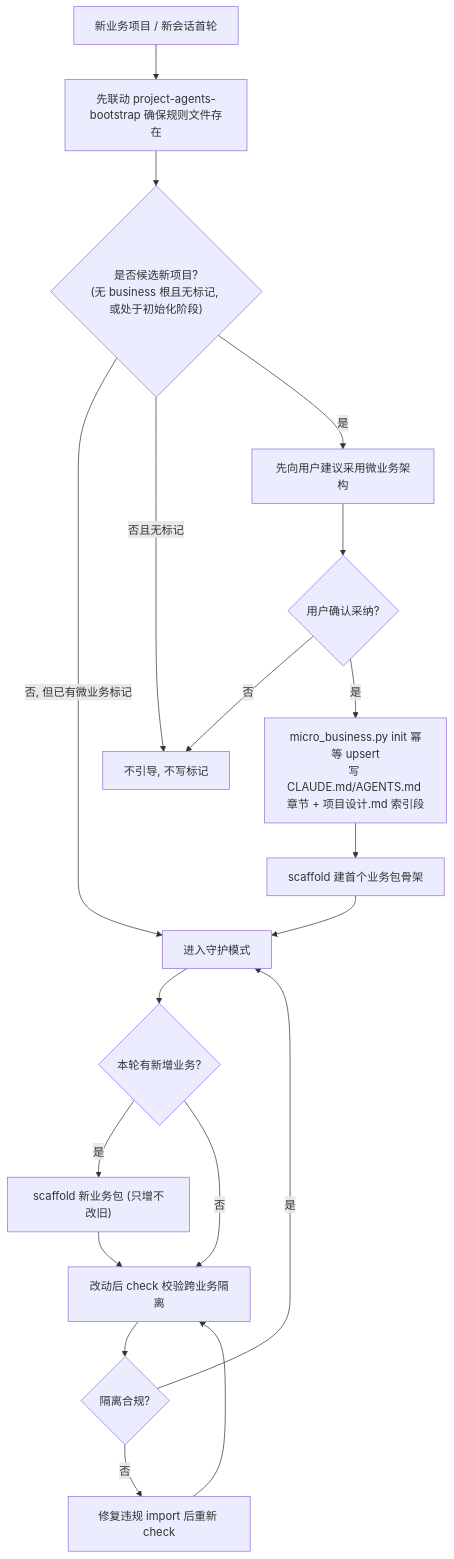
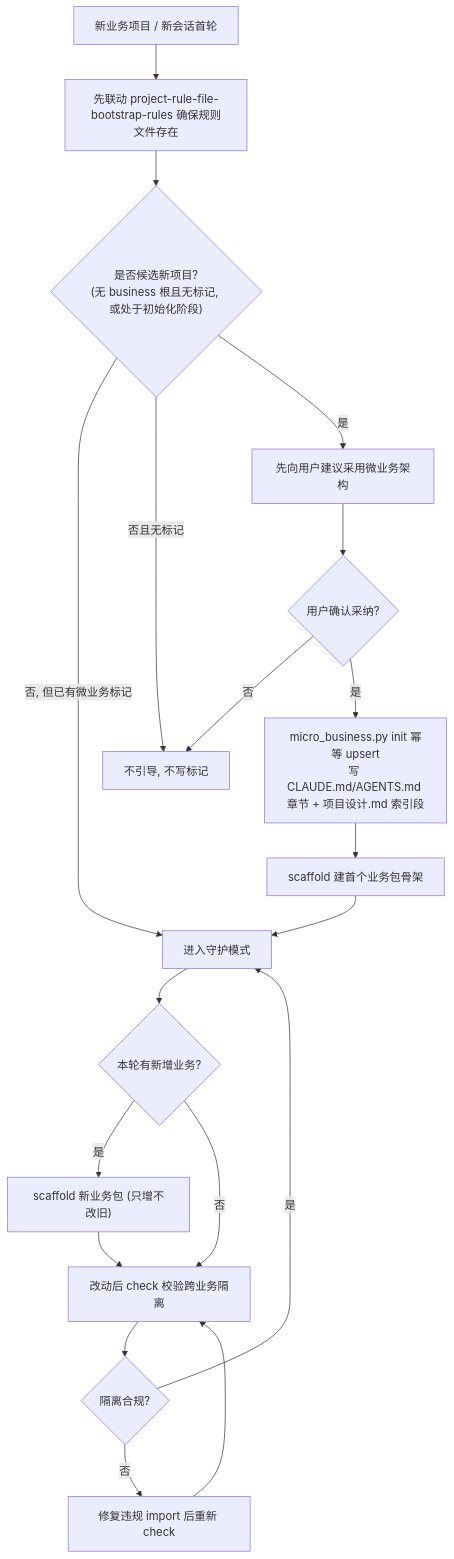
The diagram in micro-business-architecture-rules/references/trigger-and-marker.md (luode0320/luode-skills), drawn with Mermaid before and after one commit. The commit also changed other lines of this file and 167 other files, not shown here.

````diff
--- a/micro-business-architecture-rules/references/trigger-and-marker.md
+++ b/micro-business-architecture-rules/references/trigger-and-marker.md
@@ -91,21 +91,21 @@
 ```mermaid
 flowchart TD
-  S["新业务项目 / 新会话首轮"] --> B0["先联动 project-agents-bootstrap 确保规则文件存在"]
+  S["新业务项目 / 新会话首轮"] --> B0["先联动 project-rule-file-bootstrap-rules 确保规则文件存在"]
   B0 --> D{"是否候选新项目?<br/>(无 business 根且无标记, 或处于初始化阶段)"}
   D -- "否, 但已有微业务标记" --> W["进入守护模式"]
   D -- "否且无标记" --> X["不引导, 不写标记"]
   D -- "是" --> P["先向用户建议采用微业务架构"]
   P --> U{"用户确认采纳?"}
   U -- "否" --> X
   U -- "是" --> I["micro_business.py init 幂等 upsert<br/>写 CLAUDE.md/AGENTS.md 章节 + 项目设计.md 索引段"]
   I --> SC["scaffold 建首个业务包骨架"]
   SC --> W
   W --> N{"本轮有新增业务?"}
   N -- "是" --> SC2["scaffold 新业务包 (只增不改旧)"]
   N -- "否" --> CK["改动后 check 校验跨业务隔离"]
   SC2 --> CK
   CK --> V{"隔离合规?"}
   V -- "是" --> W
   V -- "否" --> FIX["修复违规 import 后重新 check"]
   FIX --> CK
 ```
````
